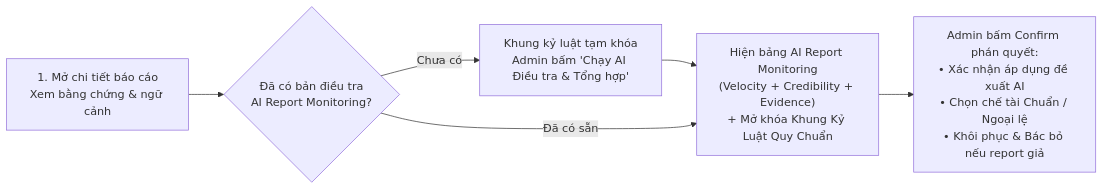
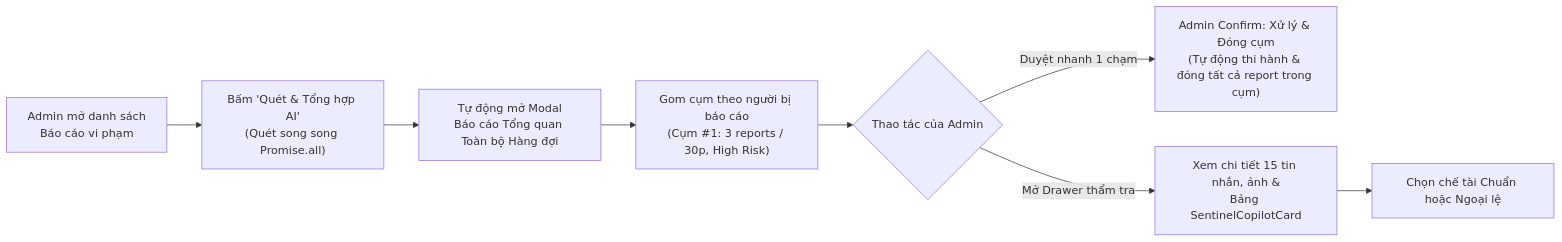
The third of 4 diagrams in docs/BUD50_SENTINEL_AI_MODERATION.md (BuddyLink-Team/Front-End), drawn with Mermaid before and after one commit. The commit also changed other lines of this file and 5 other files, not shown here.

Commit message:
feat: implement Sentinel AI report moderation and batch scanning feature

````diff
--- a/docs/BUD50_SENTINEL_AI_MODERATION.md
+++ b/docs/BUD50_SENTINEL_AI_MODERATION.md
@@ -80,8 +158,10 @@
 ```mermaid
 flowchart LR
-    S1["1. Mở chi tiết báo cáo<br/>Xem bằng chứng & ngữ cảnh"] --> S2{"Đã có bản điều tra<br/>AI Report Monitoring?"}
-    S2 -- "Chưa có" --> S3["Khung kỷ luật tạm khóa<br/>Admin bấm 'Chạy AI Điều tra & Tổng hợp'"]
-    S3 --> S4["Hiện bảng AI Report Monitoring<br/>(Velocity + Credibility + Evidence)<br/>+ Mở khóa Khung Kỷ Luật Quy Chuẩn"]
-    S2 -- "Đã có sẵn" --> S4
-    S4 --> S5["Admin bấm Confirm phán quyết:<br/>• Xác nhận áp dụng đề xuất AI<br/>• Chọn chế tài Chuẩn / Ngoại lệ<br/>• Khôi phục & Bác bỏ nếu report giả"]
+    A1["Admin mở danh sách<br/>Báo cáo vi phạm"] --> A2["Bấm 'Quét & Tổng hợp AI'<br/>(Quét song song Promise.all)"]
+    A2 --> A3["Tự động mở Modal<br/>Báo cáo Tổng quan Toàn bộ Hàng đợi"]
+    A3 --> A4["Gom cụm theo người bị báo cáo<br/>(Cụm #1: 3 reports / 30p, High Risk)"]
+    A4 --> A5{"Thao tác của Admin"}
+    A5 -- "Duyệt nhanh 1 chạm" --> A6["Admin Confirm: Xử lý & Đóng cụm<br/>(Tự động thi hành & đóng tất cả report trong cụm)"]
+    A5 -- "Mở Drawer thẩm tra" --> A7["Xem chi tiết 15 tin nhắn, ảnh &<br/>Bảng SentinelCopilotCard"]
+    A7 --> A8["Chọn chế tài Chuẩn hoặc Ngoại lệ"]
 ```
````
